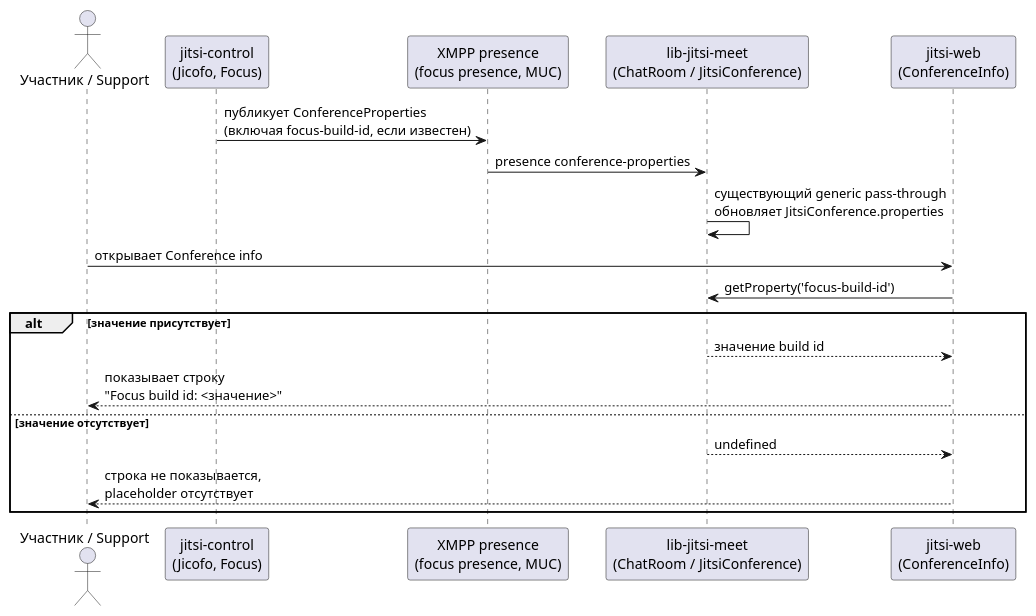
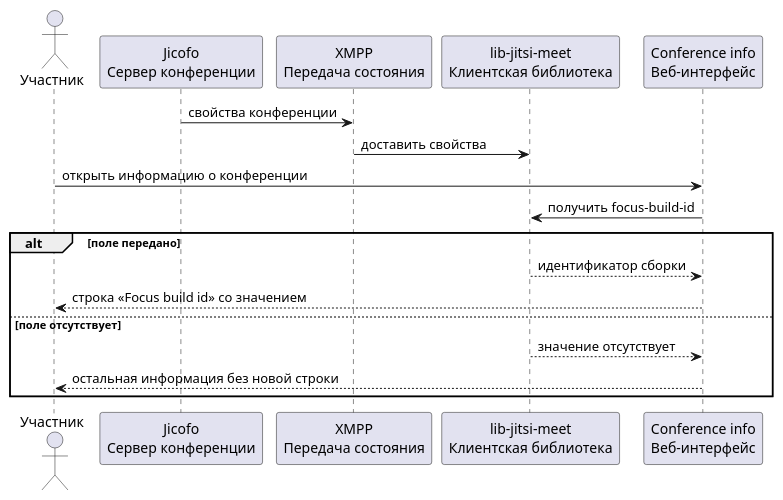
The diagram in openspec/changes/display-conference-focus-build-id/intake.md (kxnzee/specs), drawn with PlantUML before and after one commit. The commit also changed other lines of this file and 3 other files, not shown here.

Commit message:
docs: refresh Focus build ID Intake and shared reconciliation

````diff
--- a/openspec/changes/display-conference-focus-build-id/intake.md
+++ b/openspec/changes/display-conference-focus-build-id/intake.md
@@ -141,22 +138,21 @@
 ```plantuml
 @startuml
-actor "Участник / Support" as User
-participant "jitsi-control\n(Jicofo, Focus)" as Focus
-participant "XMPP presence\n(focus presence, MUC)" as Presence
-participant "lib-jitsi-meet\n(ChatRoom / JitsiConference)" as LJM
-participant "jitsi-web\n(ConferenceInfo)" as Web
+actor "Участник" as User
+participant "Jicofo\nСервер конференции" as Focus
+participant "XMPP\nПередача состояния" as Presence
+participant "lib-jitsi-meet\nКлиентская библиотека" as Library
+participant "Conference info\nВеб-интерфейс" as Web
 
-Focus -> Presence: публикует ConferenceProperties\n(включая focus-build-id, если известен)
-Presence -> LJM: presence conference-properties
-LJM -> LJM: существующий generic pass-through\nобновляет JitsiConference.properties
-User -> Web: открывает Conference info
-Web -> LJM: getProperty('focus-build-id')
-alt значение присутствует
-  LJM --> Web: значение build id
-  Web --> User: показывает строку\n"Focus build id: <значение>"
-else значение отсутствует
-  LJM --> Web: undefined
-  Web --> User: строка не показывается,\nplaceholder отсутствует
+Focus -> Presence: свойства конференции
+Presence -> Library: доставить свойства
+User -> Web: открыть информацию о конференции
+Web -> Library: получить focus-build-id
+alt поле передано
+  Library --> Web: идентификатор сборки
+  Web --> User: строка «Focus build id» со значением
+else поле отсутствует
+  Library --> Web: значение отсутствует
+  Web --> User: остальная информация без новой строки
 end
 @enduml
 ```
````
